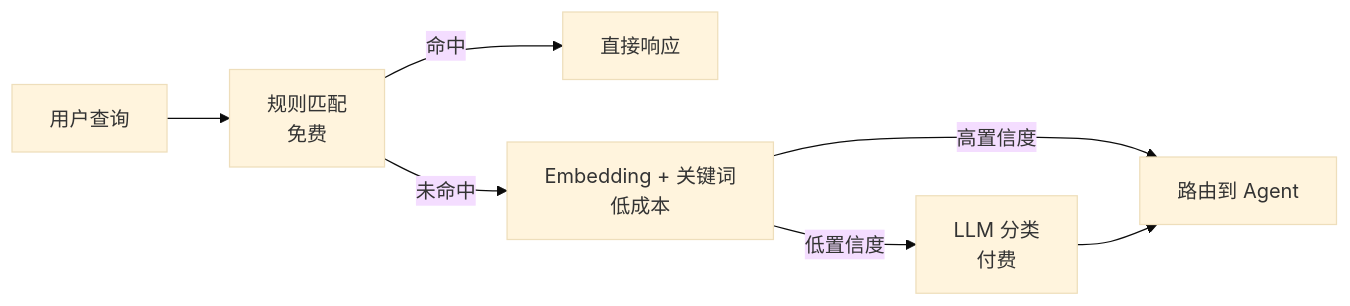
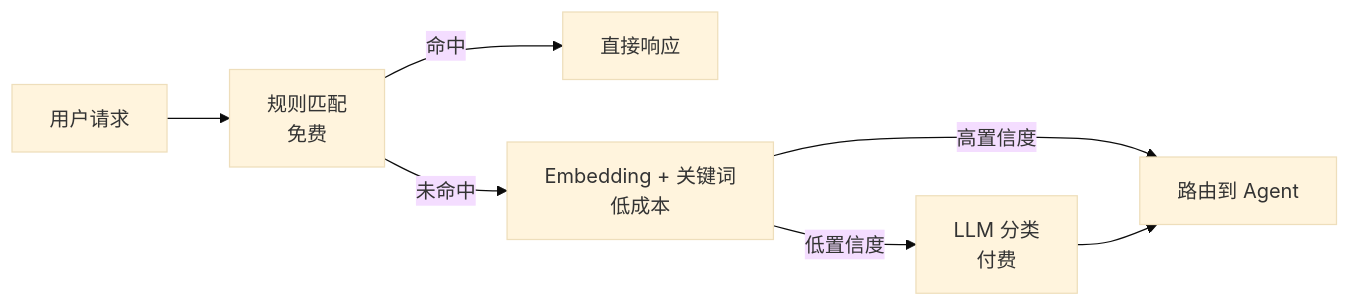
One commit to kkkano/FinSight changed the second of 3 diagrams in readme_cn.md. Above: the diagram before and after it, drawn with Mermaid (base theme). The commit also changed other lines of this file and 6 other files, not shown here.

````diff
--- a/readme_cn.md
+++ b/readme_cn.md
@@ -159,9 +143,9 @@
 ```mermaid
 flowchart LR
-    Input[用户查询] --> Rule[规则匹配<br/>免费]
+    Input[用户请求] --> Rule[规则匹配<br/>免费]
     Rule -->|命中| Direct[直接响应]
     Rule -->|未命中| Embed[Embedding + 关键词<br/>低成本]
     Embed -->|高置信度| Agent[路由到 Agent]
     Embed -->|低置信度| LLM[LLM 分类<br/>付费]
     LLM --> Agent
 ```
````
